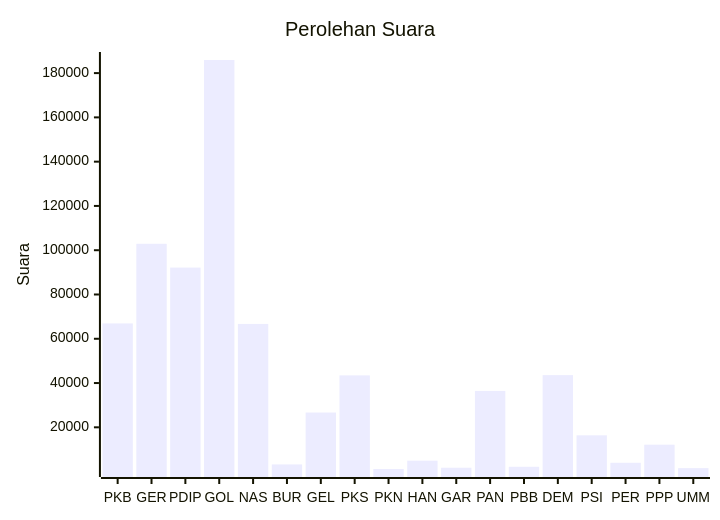
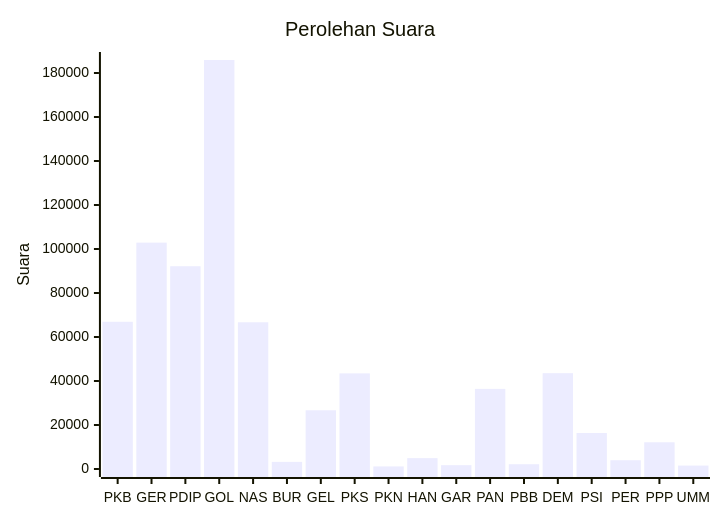
Before and after one commit to gigit-pemilu/pemilu-2024: the diagram in pileg-dpr/hitung-suara/sub/table-wilayah-64.md, drawn with Mermaid. The commit also changed 57 other files, not shown here.

````diff
--- a/pileg-dpr/hitung-suara/sub/table-wilayah-64.md
+++ b/pileg-dpr/hitung-suara/sub/table-wilayah-64.md
@@ -7,7 +7,7 @@
 ```mermaid
 xychart-beta
     title "Perolehan Suara"
     x-axis [PKB, GER, PDIP, GOL, NAS, BUR, GEL, PKS, PKN, HAN, GAR, PAN, PBB, DEM, PSI, PER, PPP, UMM]
-    y-axis "Suara"
+    y-axis "Suara" 0 --> 185919
     bar [66920, 102898, 92164, 185919, 66705, 3235, 26687, 43465, 1173, 4933, 1745, 36427, 2166, 43567, 16384, 3982, 12150, 1565]
 ```
````
